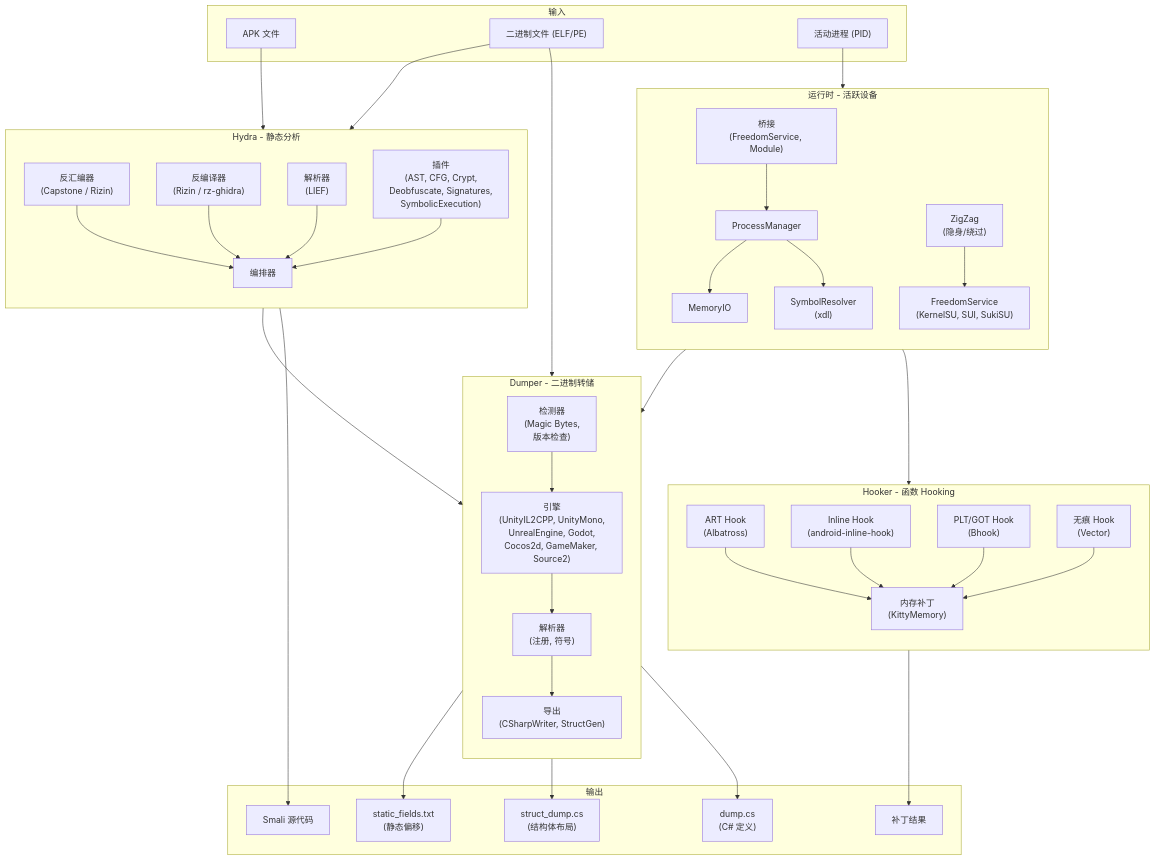
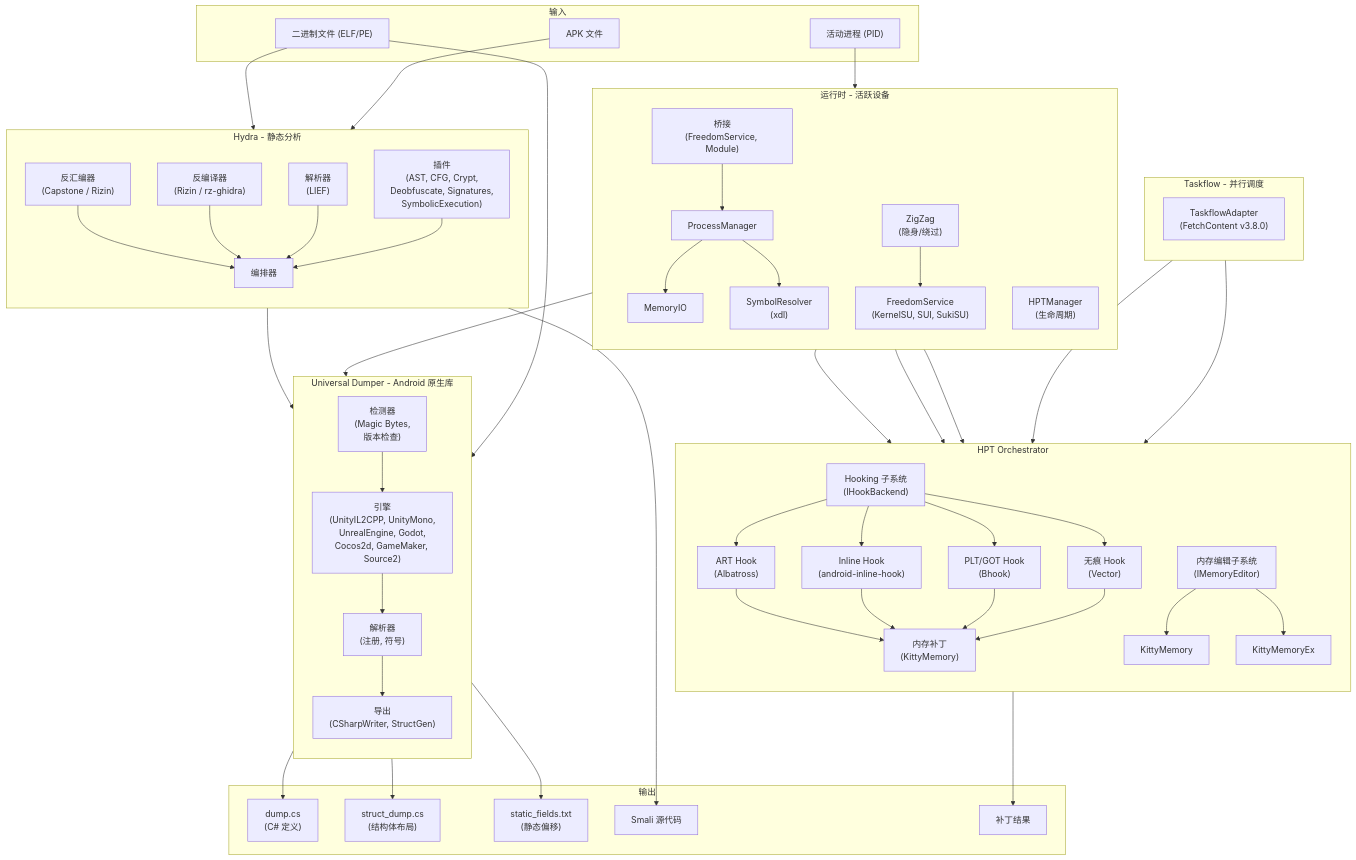
The first of 2 diagrams in README_ZH.md (CicakDroid/OmniByte), drawn with Mermaid before and after one commit. The commit also changed other lines of this file and 5 other files, not shown here.

First line of the commit message:
docs: refresh all README diagrams & add build script

````diff
--- a/README_ZH.md
+++ b/README_ZH.md
@@ -160,7 +168,7 @@
         H_PLG --> H_ORC
     end
 
-    subgraph DUMPER["Dumper - 二进制转储"]
+    subgraph DUMPER["Universal Dumper - Android 原生库"]
         direction TB
         D_DET["检测器\n(Magic Bytes,\n版本检查)"]
         D_ENG["引擎\n(UnityIL2CPP, UnityMono,\nUnrealEngine, Godot,\nCocos2d, GameMaker, Source2)"]
@@ -171,16 +179,20 @@
         D_RES --> D_EXP
     end
 
-    subgraph HOOKER["Hooker - 函数 Hooking"]
+    subgraph HPT["HPT Orchestrator"]
         direction TB
-        HK_ART["ART Hook\n(Albatross)"]
-        HK_INL["Inline Hook\n(android-inline-hook)"]
-        HK_PLT["PLT/GOT Hook\n(Bhook)"]
-        HK_TLS["无痕 Hook\n(Vector)"]
+        HK_MOD["Hooking 子系统\n(IHookBackend)"]
+        ME_MOD["内存编辑子系统\n(IMemoryEditor)"]
+        HK_MOD --> HK_ART["ART Hook\n(Albatross)"]
+        HK_MOD --> HK_INL["Inline Hook\n(android-inline-hook)"]
+        HK_MOD --> HK_PLT["PLT/GOT Hook\n(Bhook)"]
+        HK_MOD --> HK_TLS["无痕 Hook\n(Vector)"]
         HK_ART --> HK_MEM["内存补丁\n(KittyMemory)"]
         HK_INL --> HK_MEM
         HK_PLT --> HK_MEM
         HK_TLS --> HK_MEM
+        ME_MOD --> ME_KIT["KittyMemory"]
+        ME_MOD --> ME_KITX["KittyMemoryEx"]
     end
 
     subgraph RUNTIME["运行时 - 活跃设备"]
@@ -190,11 +202,19 @@
         R_MIO["MemoryIO"]
         R_SYM["SymbolResolver\n(xdl)"]
         R_ZZ["ZigZag\n(隐身/绕过)"]
+        R_HPT["HPTManager\n(生命周期)"]
         R_FS["FreedomService\n(KernelSU, SUI, SukiSU)"]
         R_BRG --> R_PM
         R_PM --> R_MIO
         R_PM --> R_SYM
         R_ZZ --> R_FS
+        R_HPT --> HK_MOD
+        R_HPT --> ME_MOD
+    end
+
+    subgraph TASKFLOW["Taskflow - 并行调度"]
+        direction TB
+        TF["TaskflowAdapter\n(FetchContent v3.8.0)"]
     end
 
     subgraph OUTPUT["输出"]
@@ -218,4 +238,6 @@
     HK_MEM --> O_PT
     R_MIO --> HK_MEM
     R_SYM --> D_RES
+    TF --> HK_MOD
+    TF --> ME_MOD
 ```
````
